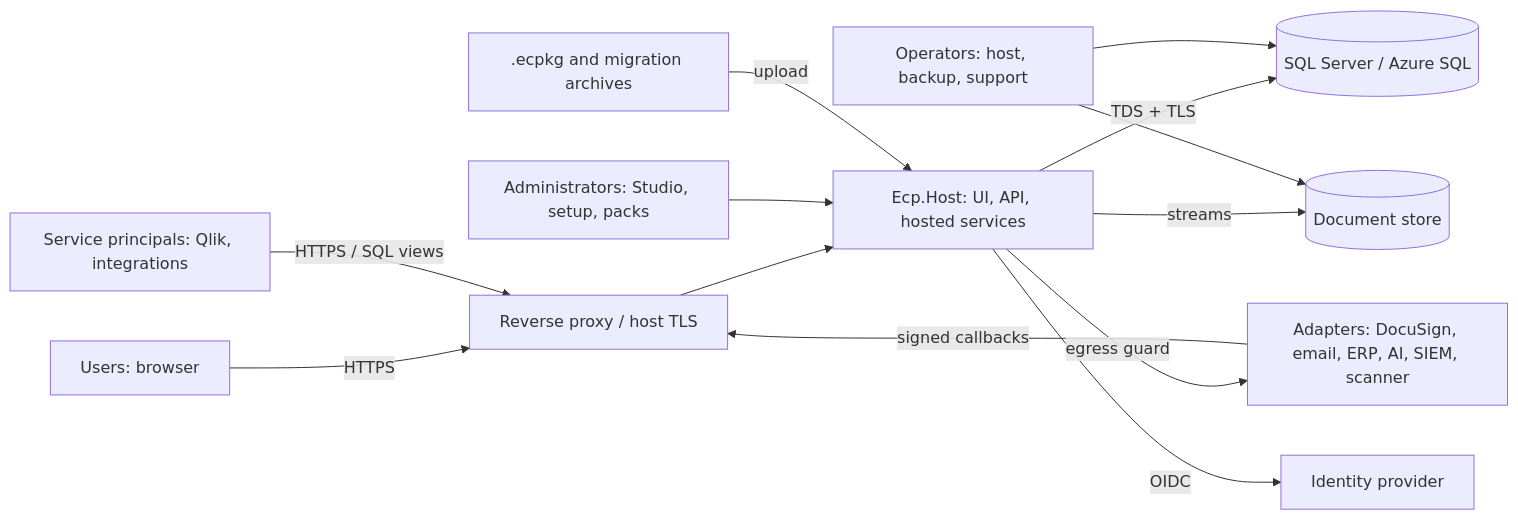
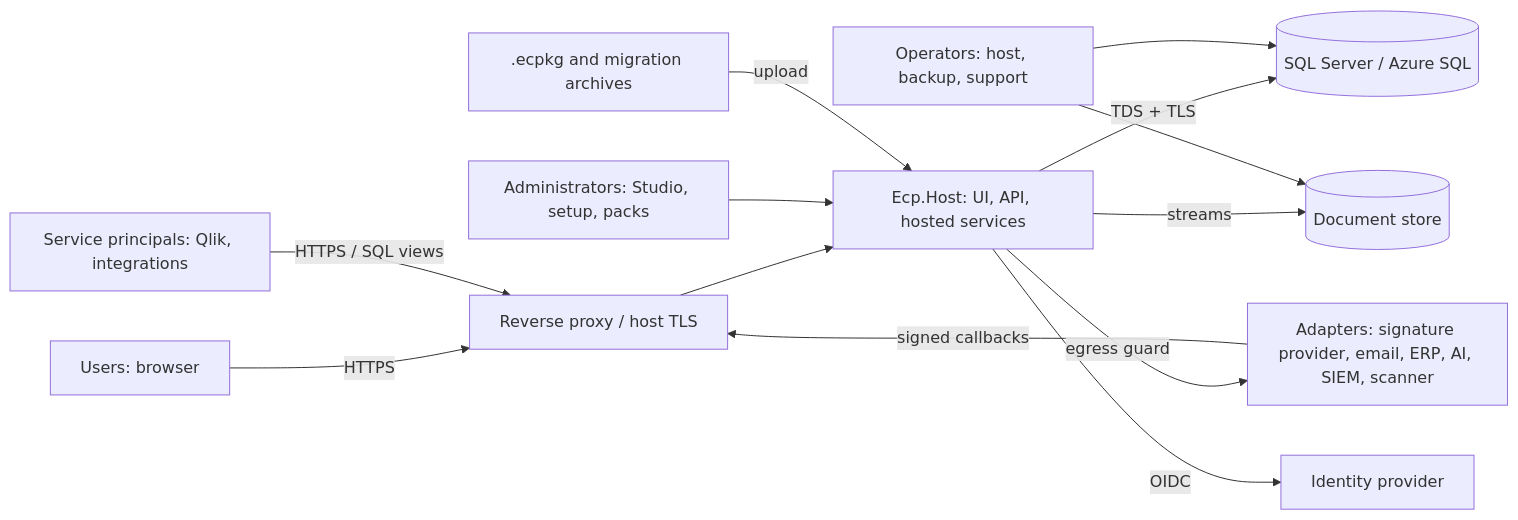
The diagram in docs/THREAT_MODEL.md (Jeffa90/ContractMGMT), drawn with Mermaid before and after one commit. The commit also changed other lines of this file and 54 other files, not shown here.

First line of the commit message:
S3: provider-neutral signature boundary (R6, P-10)

````diff
--- a/docs/THREAT_MODEL.md
+++ b/docs/THREAT_MODEL.md
@@ -9,15 +9,15 @@
 ```mermaid
 flowchart LR
   U[Users: browser] -->|HTTPS| P[Reverse proxy / host TLS]
   S[Service principals: Qlik, integrations] -->|HTTPS / SQL views| P
   P --> W[Ecp.Host: UI, API, hosted services]
   W -->|TDS + TLS| DB[(SQL Server / Azure SQL)]
   W -->|streams| ST[(Document store)]
   W -->|OIDC| IDP[Identity provider]
-  W -->|egress guard| EXT[Adapters: DocuSign, email, ERP, AI, SIEM, scanner]
+  W -->|egress guard| EXT[Adapters: signature provider, email, ERP, AI, SIEM, scanner]
   EXT -->|signed callbacks| P
   A[Administrators: Studio, setup, packs] --> W
   PKG[.ecpkg and migration archives] -->|upload| W
   OPS[Operators: host, backup, support] --> DB
   OPS --> ST
 ```
````
